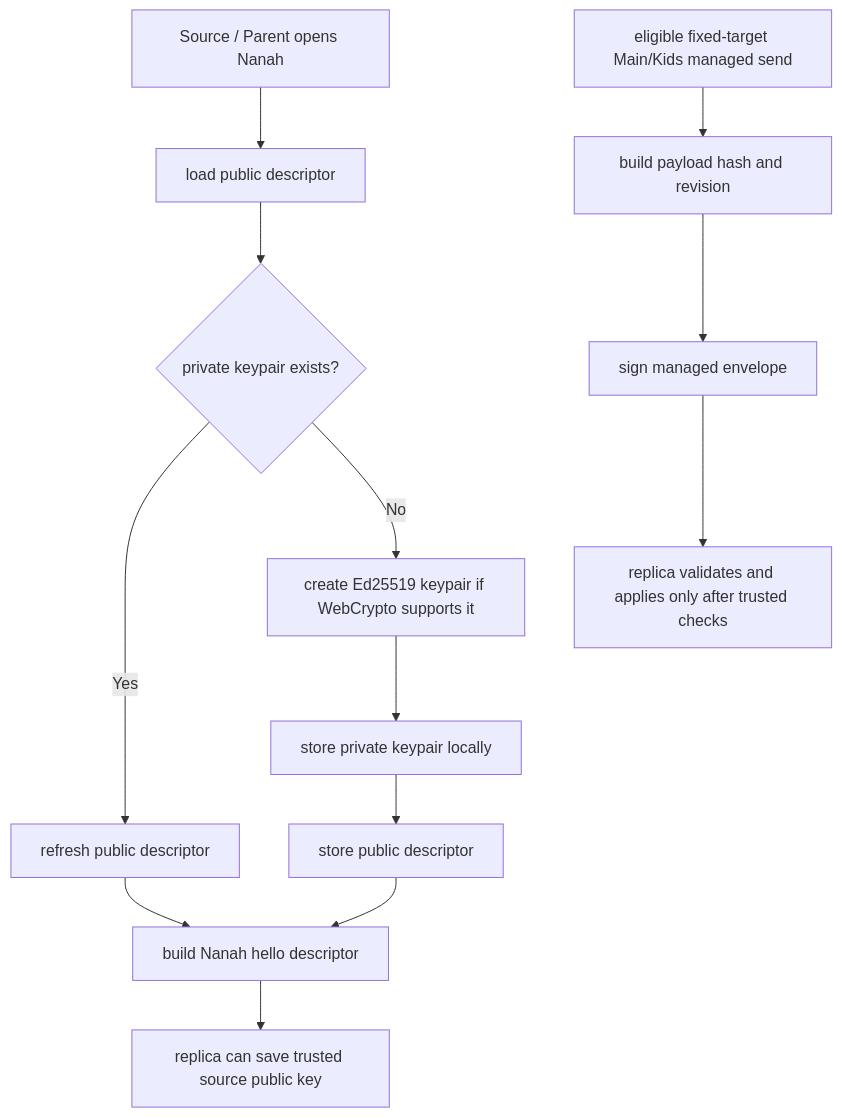
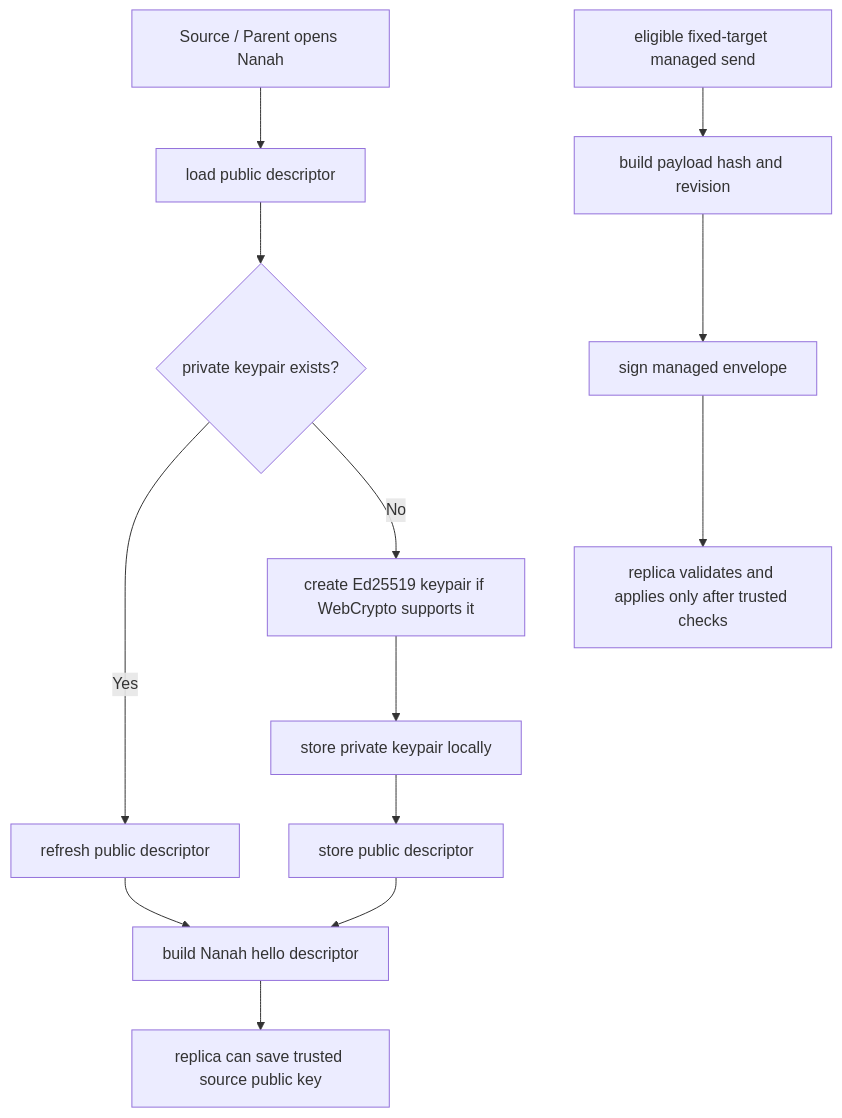
The diagram in docs/audit/FILTERTUBE_NANAH_MANAGED_SIGNING_KEYPAIR_2026-06-04.md (varshneydevansh/FilterTube), drawn with Mermaid before and after one commit. The commit also changed other lines of this file and 51 other files, not shown here.

Commit message:
feat: send granular managed Nanah policies

````diff
--- a/docs/audit/FILTERTUBE_NANAH_MANAGED_SIGNING_KEYPAIR_2026-06-04.md
+++ b/docs/audit/FILTERTUBE_NANAH_MANAGED_SIGNING_KEYPAIR_2026-06-04.md
@@ -98,15 +99,15 @@
 ```mermaid
 flowchart TD
   A["Source / Parent opens Nanah"] --> B["load public descriptor"]
   B --> C{"private keypair exists?"}
   C -->|Yes| D["refresh public descriptor"]
   C -->|No| E["create Ed25519 keypair if WebCrypto supports it"]
   E --> F["store private keypair locally"]
   F --> G["store public descriptor"]
   D --> H["build Nanah hello descriptor"]
   G --> H
   H --> I["replica can save trusted source public key"]
-  J["eligible fixed-target Main/Kids managed send"] --> K["build payload hash and revision"]
+  J["eligible fixed-target managed send"] --> K["build payload hash and revision"]
   K --> L["sign managed envelope"]
   L --> M["replica validates and applies only after trusted checks"]
 ```
````
